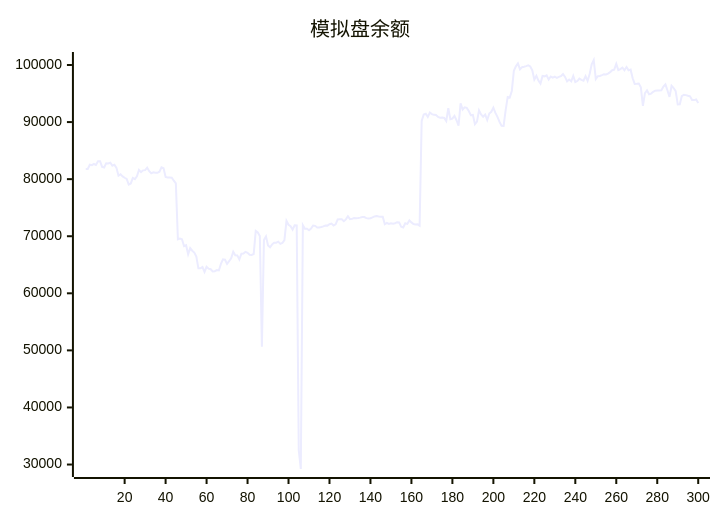
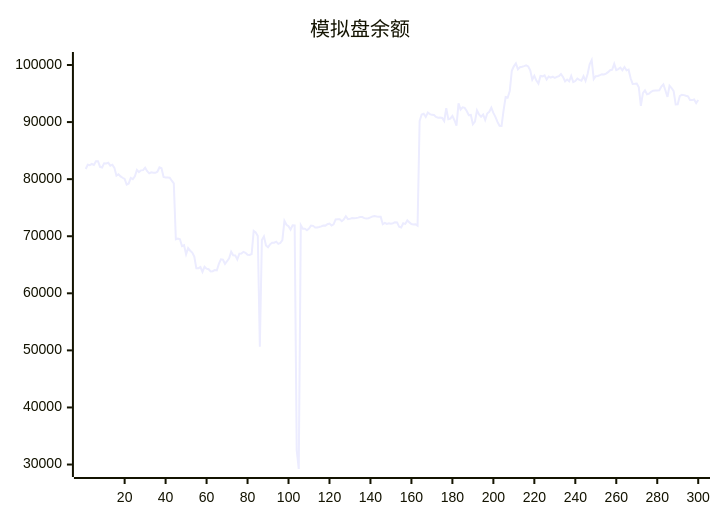
One commit to aahl/ai-trading changed the diagram in README.md. Above: the diagram before and after it, drawn with Mermaid. The commit also changed other lines of this file and 1 other file, not shown here.

````diff
--- a/README.md
+++ b/README.md
@@ -5,5 +5,5 @@
 ```mermaid
 xychart
     title "模拟盘余额"
-    line [81769,81776,82522,82441,82656,82499,83144,83145,82150,82038,82797,82763,82872,82367,82536,81981,80612,80862,80484,80242,80034,79063,79245,80227,80016,80507,81625,81233,81544,81578,82016,81401,81019,81186,81130,81118,81306,82066,81909,80392,80304,80291,80258,79729,79261,69466,69579,69456,68251,68415,66832,67911,67462,67144,66432,64380,64375,64606,63741,64647,64324,64216,63842,63877,64079,64008,65156,65945,65888,65157,65625,66144,67284,66653,66639,65924,66925,66956,67263,67108,66766,66729,66886,70927,70673,70049,50652,69334,69973,68400,68061,68578,68877,68879,69055,68662,68822,69329,72687,71999,71760,71163,71911,71896,32500,29218,71927,71297,71305,71044,71337,71883,71822,71536,71536,71622,71723,71880,71860,72100,72216,71887,72077,72940,72976,72966,72638,72948,73497,73004,73041,73173,73160,73187,73258,73375,73351,73173,73098,73161,73305,73474,73536,73457,73413,73412,72100,72333,72164,72272,72204,72285,72461,72421,71652,71521,72267,72157,72774,72425,72144,72060,72091,71858,90185,91338,91466,90900,91678,91404,91268,91244,90903,90779,90787,90721,90187,92429,90518,90619,91070,90328,89376,93286,92202,92581,92485,91947,91196,91259,89619,90086,92063,91355,90950,91327,90373,91498,91800,92531,91603,90910,90031,89351,89334,92097,94406,94315,95455,98972,99763,100286,99229,99622,99701,99805,99938,99738,99082,97430,98094,97267,96741,98081,98013,98194,97447,97983,97789,97969,97729,97911,98043,98405,97912,97120,97448,97154,98095,97021,97191,97616,97402,97263,98035,97210,98424,100121,100876,97552,98049,98085,98228,98388,98342,98488,98750,99086,99181,100188,99107,99272,99553,99072,99636,99061,99186,97674,96679,96704,96743,96096,92830,95088,95560,94866,94995,95295,95497,95531,95527,95559,96236,96597,95538,94422,96363,95972,95418,93095,93128,94558,94795,94727,94611,94508,93857,93852,93955,93340]
+    line [81776,82522,82441,82656,82499,83144,83145,82150,82038,82797,82763,82872,82367,82536,81981,80612,80862,80484,80242,80034,79063,79245,80227,80016,80507,81625,81233,81544,81578,82016,81401,81019,81186,81130,81118,81306,82066,81909,80392,80304,80291,80258,79729,79261,69466,69579,69456,68251,68415,66832,67911,67462,67144,66432,64380,64375,64606,63741,64647,64324,64216,63842,63877,64079,64008,65156,65945,65888,65157,65625,66144,67284,66653,66639,65924,66925,66956,67263,67108,66766,66729,66886,70927,70673,70049,50652,69334,69973,68400,68061,68578,68877,68879,69055,68662,68822,69329,72687,71999,71760,71163,71911,71896,32500,29218,71927,71297,71305,71044,71337,71883,71822,71536,71536,71622,71723,71880,71860,72100,72216,71887,72077,72940,72976,72966,72638,72948,73497,73004,73041,73173,73160,73187,73258,73375,73351,73173,73098,73161,73305,73474,73536,73457,73413,73412,72100,72333,72164,72272,72204,72285,72461,72421,71652,71521,72267,72157,72774,72425,72144,72060,72091,71858,90185,91338,91466,90900,91678,91404,91268,91244,90903,90779,90787,90721,90187,92429,90518,90619,91070,90328,89376,93286,92202,92581,92485,91947,91196,91259,89619,90086,92063,91355,90950,91327,90373,91498,91800,92531,91603,90910,90031,89351,89334,92097,94406,94315,95455,98972,99763,100286,99229,99622,99701,99805,99938,99738,99082,97430,98094,97267,96741,98081,98013,98194,97447,97983,97789,97969,97729,97911,98043,98405,97912,97120,97448,97154,98095,97021,97191,97616,97402,97263,98035,97210,98424,100121,100876,97552,98049,98085,98228,98388,98342,98488,98750,99086,99181,100188,99107,99272,99553,99072,99636,99061,99186,97674,96679,96704,96743,96096,92830,95088,95560,94866,94995,95295,95497,95531,95527,95559,96236,96597,95538,94422,96363,95972,95418,93095,93128,94558,94795,94727,94611,94508,93857,93852,93955,93340,93862]
 ```
````
